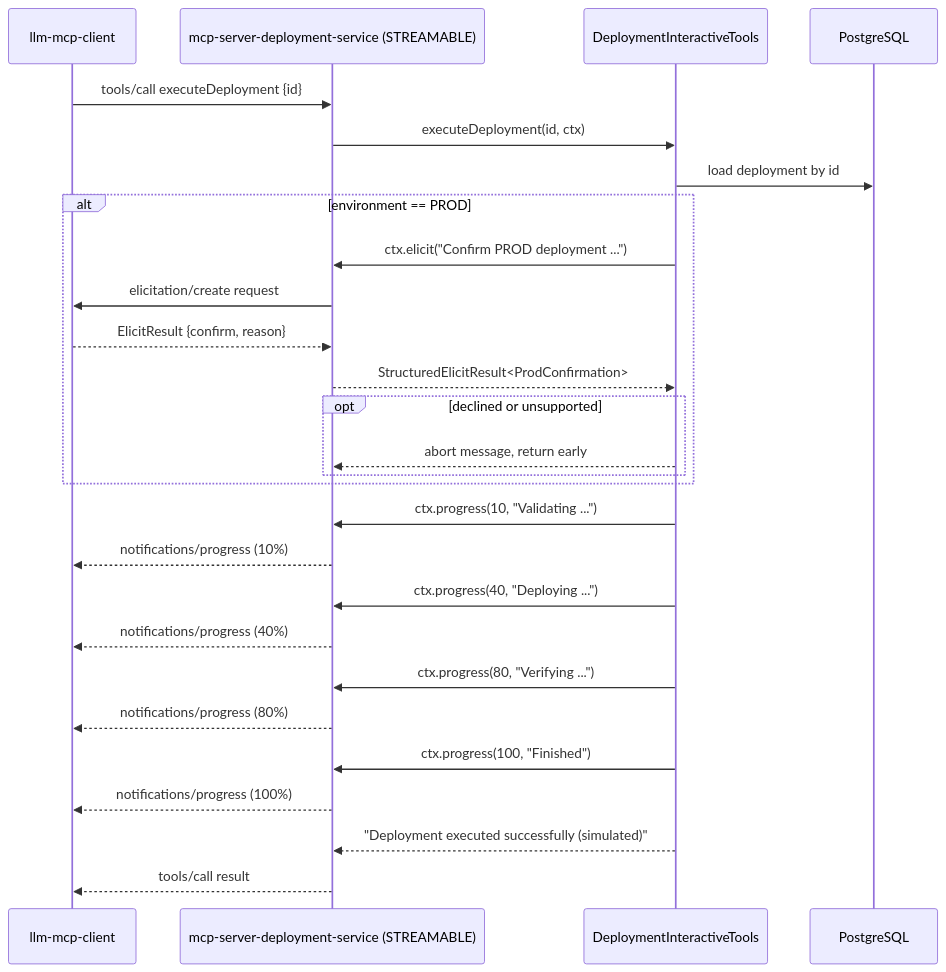
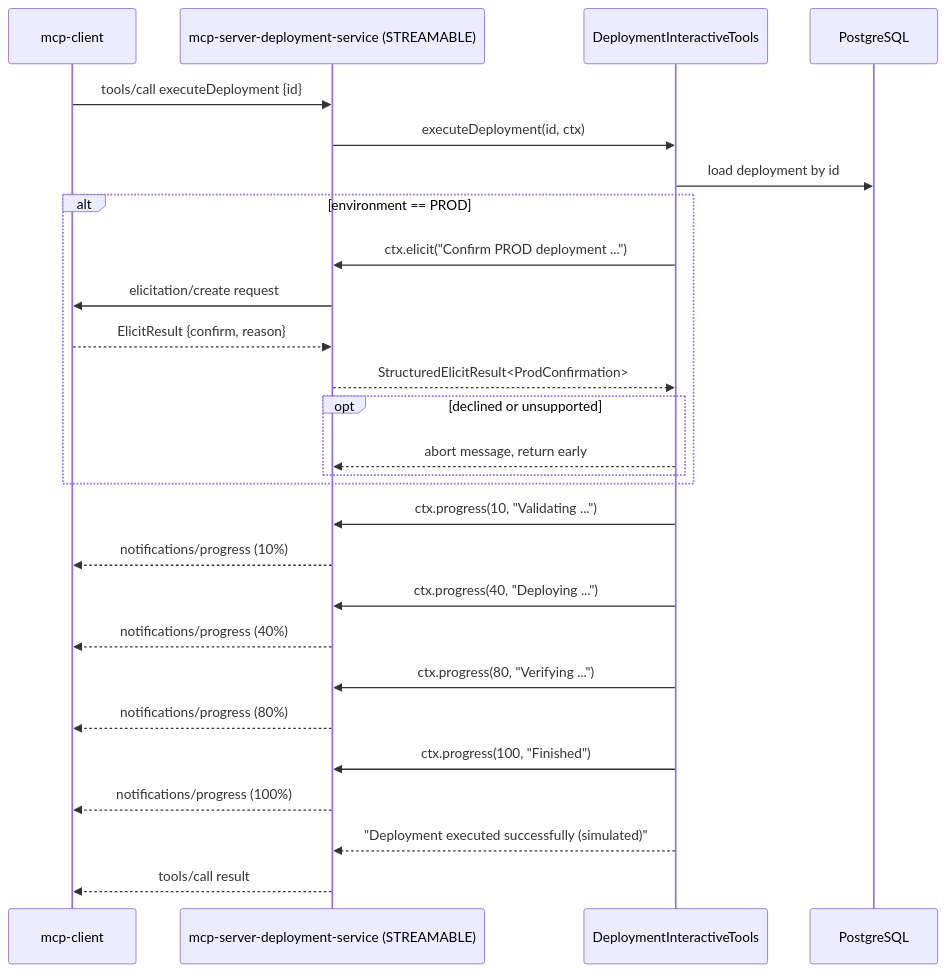
The diagram in mcp-server-deployment-service/README.md (himnay/llm-mcp), drawn with Mermaid before and after one commit. The commit also changed 66 other files, not shown here.

First line of the commit message:
refactor: rename llm-mcp-client module to mcp-client

````diff
--- a/mcp-server-deployment-service/README.md
+++ b/mcp-server-deployment-service/README.md
@@ -31,30 +31,30 @@
 ```mermaid
 sequenceDiagram
-    participant Client as llm-mcp-client
+    participant Client as mcp-client
     participant Srv as mcp-server-deployment-service (STREAMABLE)
     participant Tool as DeploymentInteractiveTools
     participant DB as PostgreSQL
 
     Client->>Srv: tools/call executeDeployment {id}
     Srv->>Tool: executeDeployment(id, ctx)
     Tool->>DB: load deployment by id
     alt environment == PROD
         Tool->>Srv: ctx.elicit("Confirm PROD deployment ...")
         Srv->>Client: elicitation/create request
         Client-->>Srv: ElicitResult {confirm, reason}
         Srv-->>Tool: StructuredElicitResult<ProdConfirmation>
         opt declined or unsupported
             Tool-->>Srv: abort message, return early
         end
     end
     Tool->>Srv: ctx.progress(10, "Validating ...")
     Srv-->>Client: notifications/progress (10%)
     Tool->>Srv: ctx.progress(40, "Deploying ...")
     Srv-->>Client: notifications/progress (40%)
     Tool->>Srv: ctx.progress(80, "Verifying ...")
     Srv-->>Client: notifications/progress (80%)
     Tool->>Srv: ctx.progress(100, "Finished")
     Srv-->>Client: notifications/progress (100%)
     Tool-->>Srv: "Deployment executed successfully (simulated)"
     Srv-->>Client: tools/call result
 ```
````
